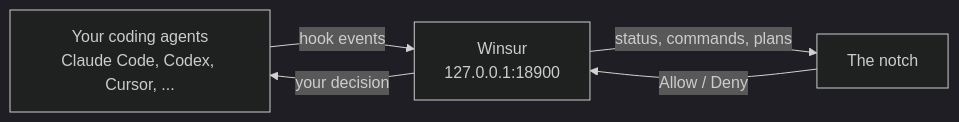
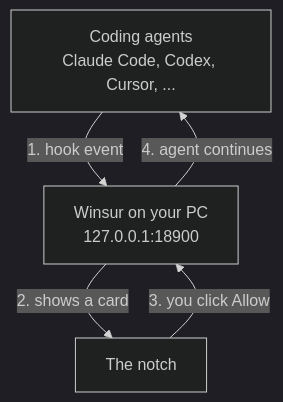
The diagram in README.md (suriya-z/winsur), drawn with Mermaid (dark theme) before and after one commit.

Commit message:
docs: make the README flow diagram readable in a narrow column

````diff
--- a/README.md
+++ b/README.md
@@ -114,7 +114,10 @@
 ```mermaid
-flowchart LR
-    A["Your coding agents<br/>Claude Code, Codex, Cursor, ..."] -- "hook events" --> W["Winsur<br/>127.0.0.1:18900"]
-    W -- "status, commands, plans" --> N["The notch"]
-    N -- "Allow / Deny" --> W
-    W -- "your decision" --> A
+flowchart TB
+    A["Coding agents<br/>Claude Code, Codex, Cursor, ..."]
+    W["Winsur on your PC<br/>127.0.0.1:18900"]
+    N["The notch"]
+    A -->|"1. hook event"| W
+    W -->|"2. shows a card"| N
+    N -->|"3. you click Allow"| W
+    W -->|"4. agent continues"| A
 ```
````
